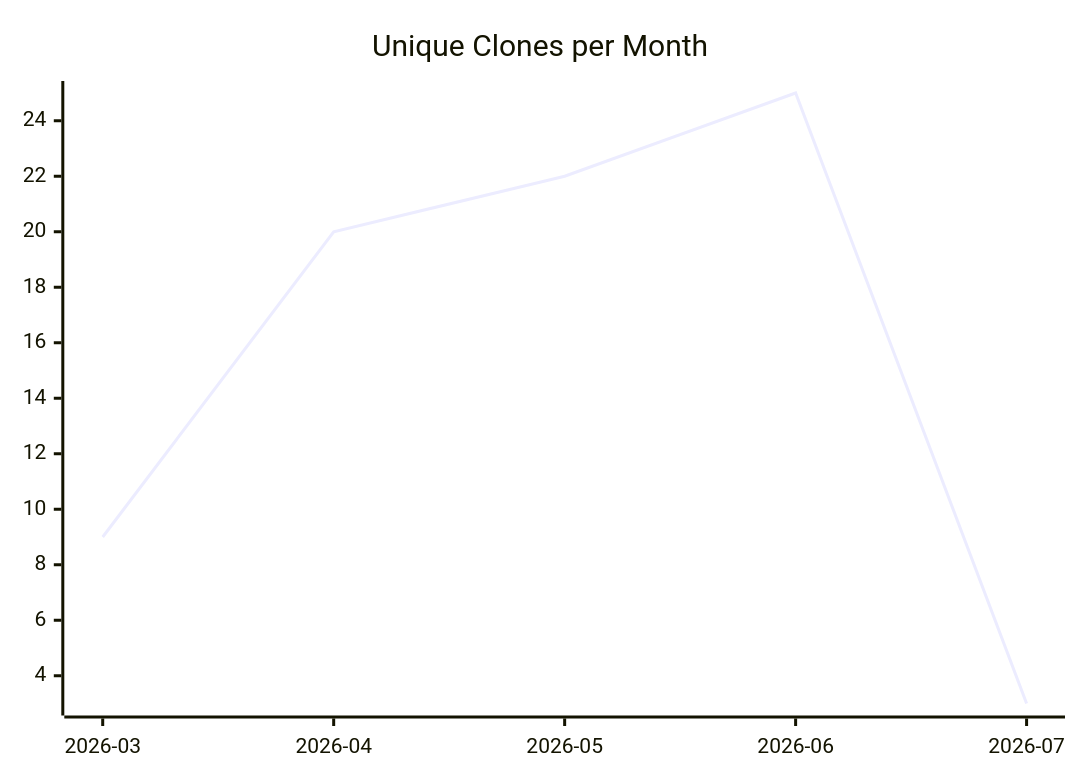
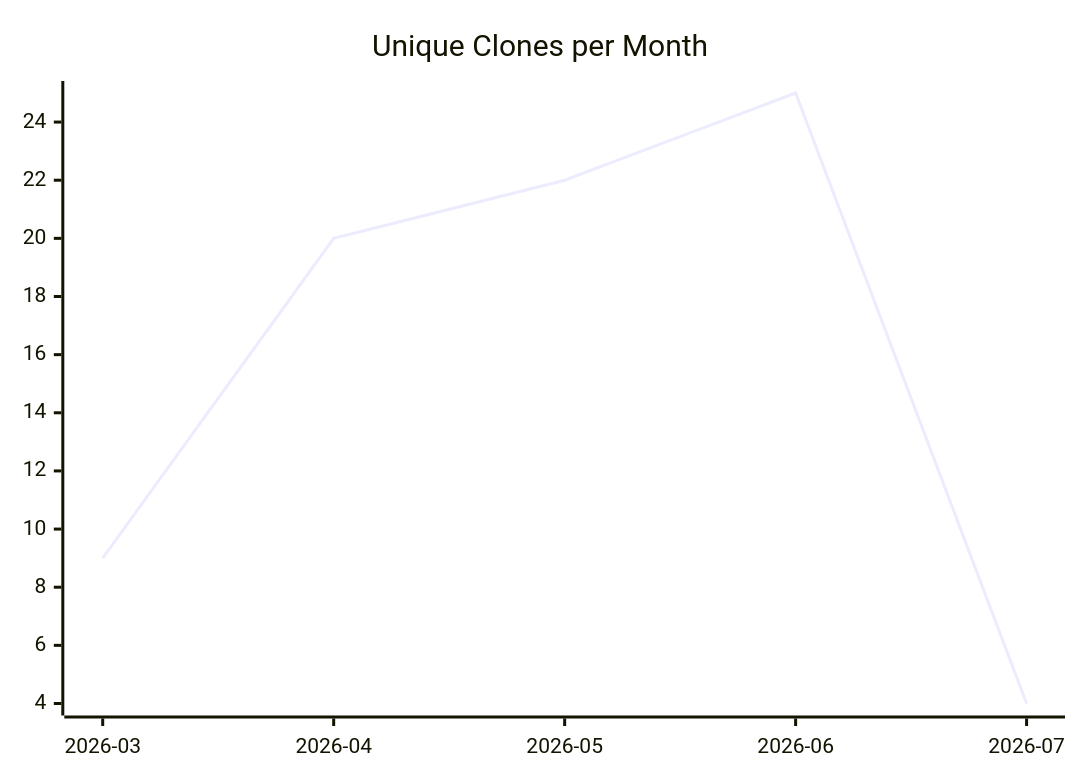
One commit to justdavis-family/github-analytics-data changed the third of 3 diagrams in karlmdavis/kxml2/README.md. Above: the diagram before and after it, drawn with Mermaid. The commit also changed other lines of this file and 188 other files, not shown here.

````diff
--- a/karlmdavis/kxml2/README.md
+++ b/karlmdavis/kxml2/README.md
@@ -19,6 +19,6 @@
 ```mermaid
 xychart-beta
   title "Unique Clones per Month"
   x-axis ["2026-03", "2026-04", "2026-05", "2026-06", "2026-07"]
-  line [9, 20, 22, 25, 3]
+  line [9, 20, 22, 25, 4]
 ```
````
